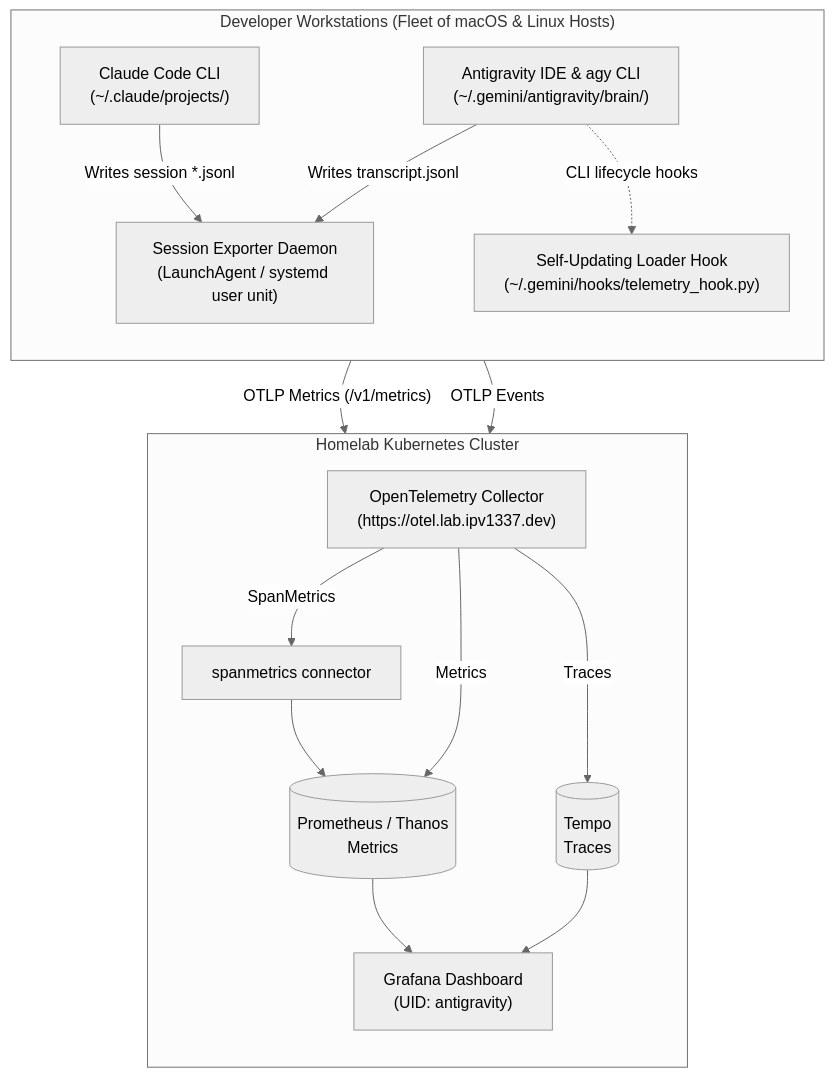
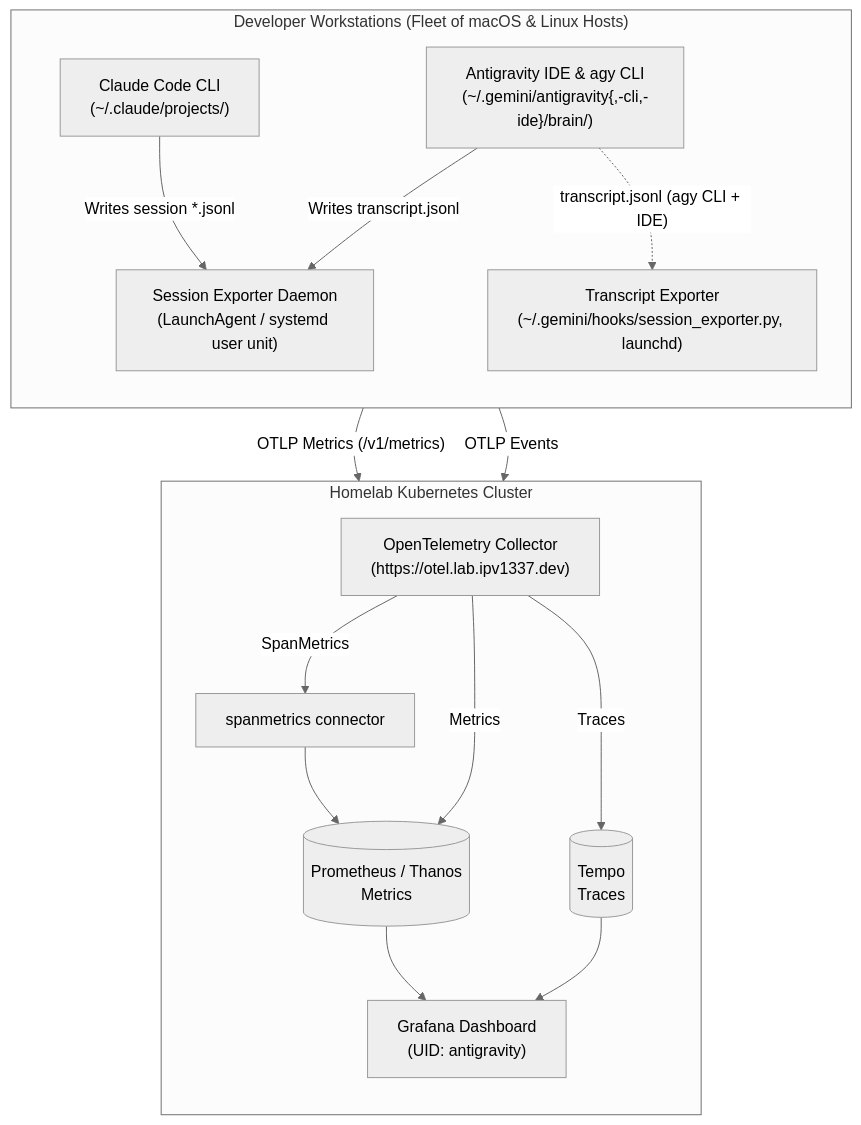
The first of 2 diagrams in docs/guides/antigravity-telemetry.md (VitruvianSoftware/vitruvian-core), drawn with Mermaid (neutral theme) before and after one commit. The commit also changed other lines of this file and 5 other files, not shown here.

````diff
--- a/docs/guides/antigravity-telemetry.md
+++ b/docs/guides/antigravity-telemetry.md
@@ -31,33 +39,33 @@
 ```mermaid
 flowchart TD
     subgraph Client["Developer Workstations (Fleet of macOS & Linux Hosts)"]
         direction TB
-        AGY["Antigravity IDE & agy CLI<br/>(~/.gemini/antigravity/brain/)"]
+        AGY["Antigravity IDE & agy CLI<br/>(~/.gemini/antigravity{,-cli,-ide}/brain/)"]
         CC["Claude Code CLI<br/>(~/.claude/projects/)"]
         
         Daemon["Session Exporter Daemon<br/>(LaunchAgent / systemd user unit)"]
-        Hook["Self-Updating Loader Hook<br/>(~/.gemini/hooks/telemetry_hook.py)"]
+        Hook["Transcript Exporter<br/>(~/.gemini/hooks/session_exporter.py, launchd)"]
 
         AGY -->|"Writes transcript.jsonl"| Daemon
         CC -->|"Writes session *.jsonl"| Daemon
-        AGY -.->|"CLI lifecycle hooks"| Hook
+        AGY -.->|"transcript.jsonl (agy CLI + IDE)"| Hook
     end
 
     subgraph Homelab["Homelab Kubernetes Cluster"]
         direction TB
         OTel["OpenTelemetry Collector<br/>(https://otel.lab.ipv1337.dev)"]
         SpanMetrics["spanmetrics connector"]
         Tempo[("Tempo<br/>Traces")]
         Prom[("Prometheus / Thanos<br/>Metrics")]
         Grafana["Grafana Dashboard<br/>(UID: antigravity)"]
 
         Daemon -->|"OTLP Metrics (/v1/metrics)"| OTel
         Hook -->|"OTLP Events"| OTel
         OTel -->|"Traces"| Tempo
         OTel -->|"SpanMetrics"| SpanMetrics
         SpanMetrics --> Prom
         OTel -->|"Metrics"| Prom
         Prom --> Grafana
         Tempo --> Grafana
     end
 ```
````
